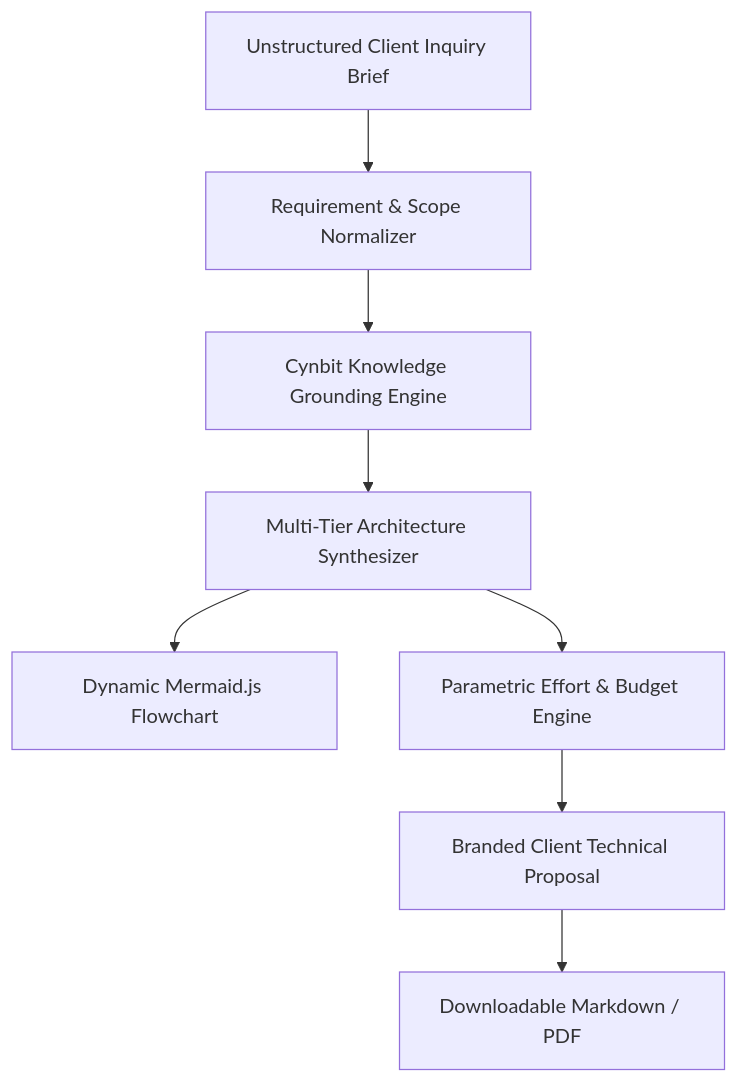
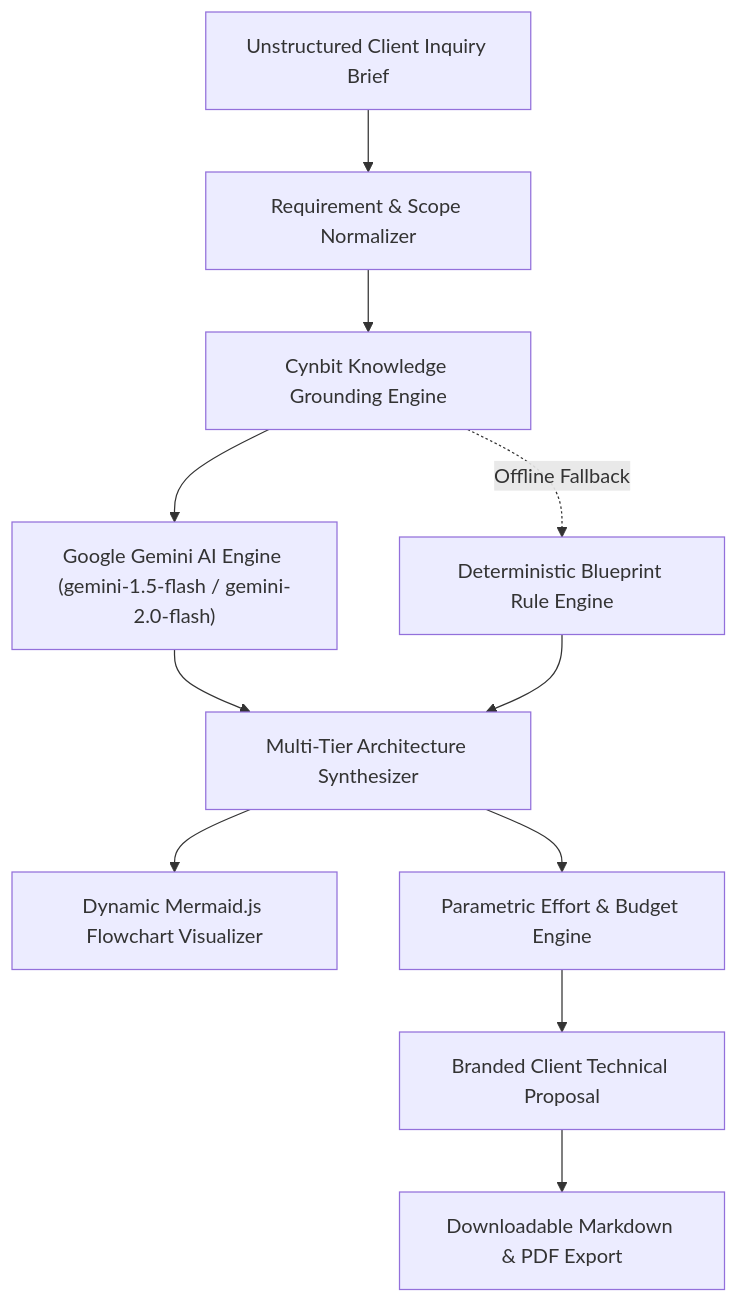
Before and after one commit to sanjit507/Cynbit-AI-Pre-Sales-Copilot: the diagram in README.md, drawn with Mermaid. The commit also changed other lines of this file and 3 other files, not shown here.

````diff
--- a/README.md
+++ b/README.md
@@ -29,10 +29,13 @@
 ```mermaid
-graph TD
-    Inbound[Unstructured Client Inquiry Brief] --> Parser[Requirement & Scope Normalizer]
-    Parser --> RAG[Cynbit Knowledge Grounding Engine]
-    RAG --> Arch[Multi-Tier Architecture Synthesizer]
-    Arch --> Flow[Dynamic Mermaid.js Flowchart]
-    Arch --> Estimator[Parametric Effort & Budget Engine]
-    Estimator --> Proposal[Branded Client Technical Proposal]
-    Proposal --> Export[Downloadable Markdown / PDF]
+flowchart TD
+    Inbound["Unstructured Client Inquiry Brief"] --> Parser["Requirement & Scope Normalizer"]
+    Parser --> RAG["Cynbit Knowledge Grounding Engine"]
+    RAG --> AI["Google Gemini AI Engine (gemini-1.5-flash / gemini-2.0-flash)"]
+    RAG -.->|"Offline Fallback"| Heuristic["Deterministic Blueprint Rule Engine"]
+    AI --> Arch["Multi-Tier Architecture Synthesizer"]
+    Heuristic --> Arch
+    Arch --> Flow["Dynamic Mermaid.js Flowchart Visualizer"]
+    Arch --> Estimator["Parametric Effort & Budget Engine"]
+    Estimator --> Proposal["Branded Client Technical Proposal"]
+    Proposal --> Export["Downloadable Markdown & PDF Export"]
 ```
````
